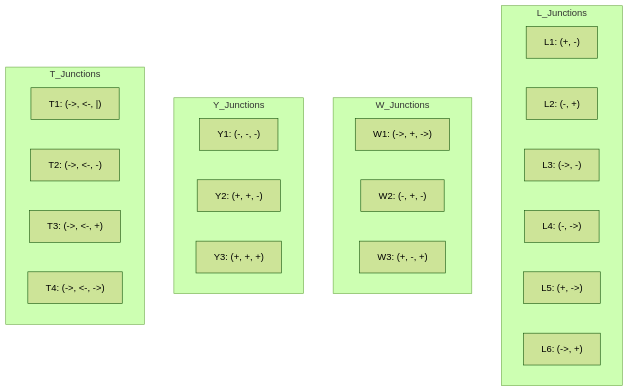
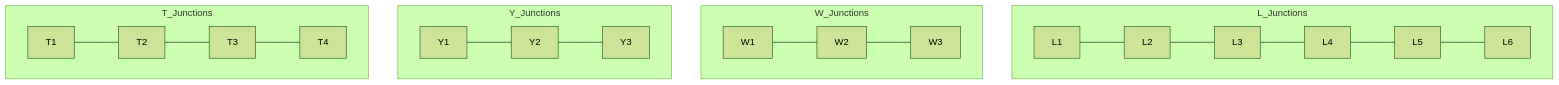
One commit to vbordia/aifu changed the diagram in src/content/papers/23t3-fn/08-waltz.mdx. Above: the diagram before and after it, drawn with Mermaid (forest theme). The commit also changed other lines of this file and 146 other files, not shown here.

````diff
--- a/src/content/papers/23t3-fn/08-waltz.mdx
+++ b/src/content/papers/23t3-fn/08-waltz.mdx
@@ -18,27 +18,15 @@
 ```mermaid
 graph TD
     subgraph L_Junctions
-        L1["L1: (+, -)"]
-        L2["L2: (-, +)"]
-        L3["L3: (->, -)"]
-        L4["L4: (-, ->)"]
-        L5["L5: (+, ->)"]
-        L6["L6: (->, +)"]
+        L1["L1"] --- L2["L2"] --- L3["L3"] --- L4["L4"] --- L5["L5"] --- L6["L6"]
     end
     subgraph W_Junctions
-        W1["W1: (->, +, ->)"]
-        W2["W2: (-, +, -)"]
-        W3["W3: (+, -, +)"]
+        W1["W1"] --- W2["W2"] --- W3["W3"]
     end
     subgraph Y_Junctions
-        Y1["Y1: (-, -, -)"]
-        Y2["Y2: (+, +, -)"]
-        Y3["Y3: (+, +, +)"]
+        Y1["Y1"] --- Y2["Y2"] --- Y3["Y3"]
     end
     subgraph T_Junctions
-        T1["T1: (->, <-, |)"]
-        T2["T2: (->, <-, -)"]
-        T3["T3: (->, <-, +)"]
-        T4["T4: (->, <-, ->)"]
+        T1["T1"] --- T2["T2"] --- T3["T3"] --- T4["T4"]
     end
 ```
````
